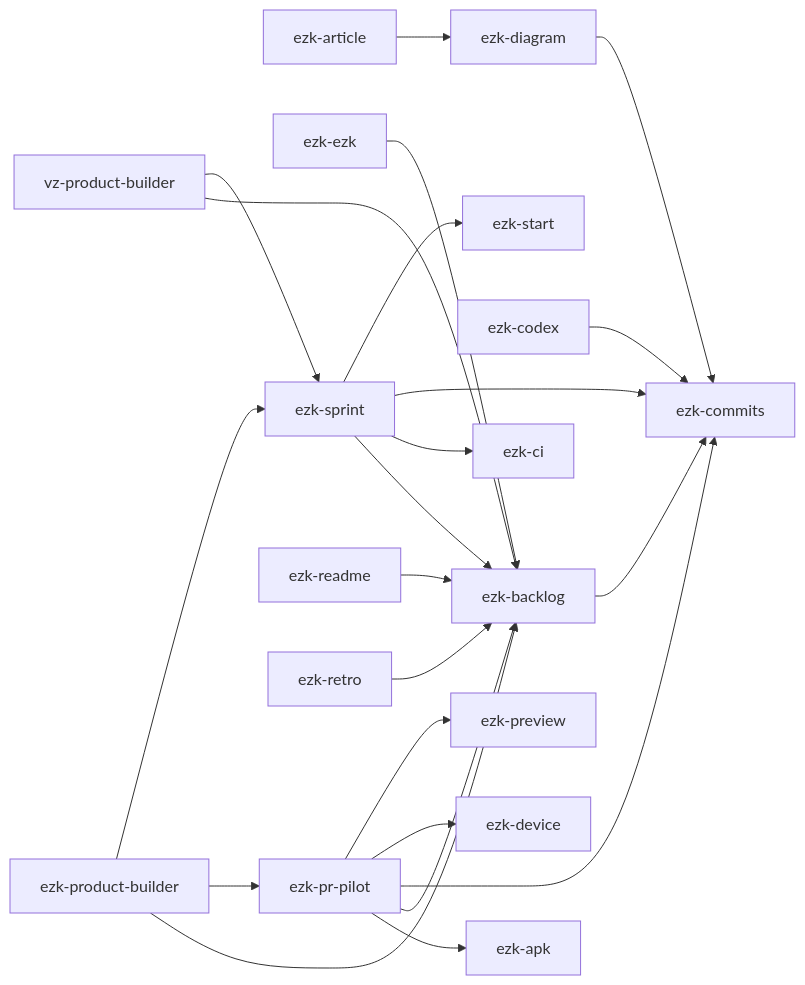
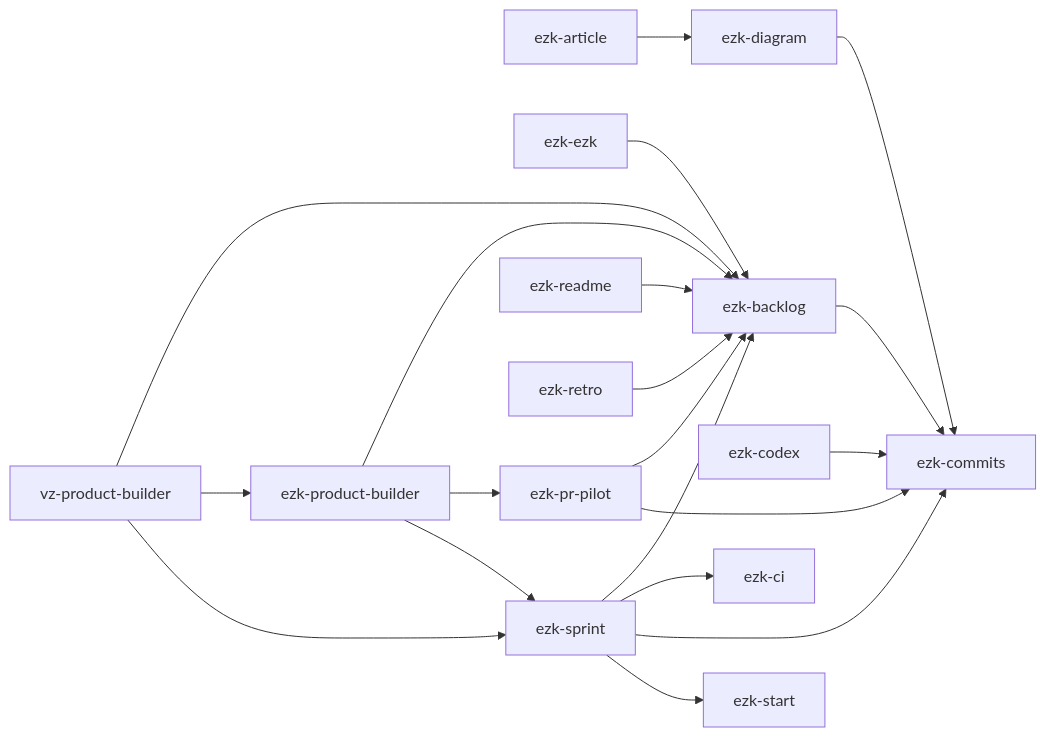
One commit to elzinko/vectorz changed the diagram in products/mega-city/skills/README.md. Above: the diagram before and after it, drawn with Mermaid. The commit also changed 9 other files, not shown here.

````diff
--- a/products/mega-city/skills/README.md
+++ b/products/mega-city/skills/README.md
@@ -50,24 +50,22 @@
 ```mermaid
 flowchart LR
     ezk-article --> ezk-diagram
     ezk-backlog --> ezk-commits
     ezk-codex --> ezk-commits
     ezk-diagram --> ezk-commits
     ezk-ezk --> ezk-backlog
-    ezk-pr-pilot --> ezk-apk
     ezk-pr-pilot --> ezk-backlog
     ezk-pr-pilot --> ezk-commits
-    ezk-pr-pilot --> ezk-device
-    ezk-pr-pilot --> ezk-preview
     ezk-product-builder --> ezk-backlog
     ezk-product-builder --> ezk-pr-pilot
     ezk-product-builder --> ezk-sprint
     ezk-readme --> ezk-backlog
     ezk-retro --> ezk-backlog
     ezk-sprint --> ezk-backlog
     ezk-sprint --> ezk-ci
     ezk-sprint --> ezk-commits
     ezk-sprint --> ezk-start
     vz-product-builder --> ezk-backlog
+    vz-product-builder --> ezk-product-builder
     vz-product-builder --> ezk-sprint
 ```
````
